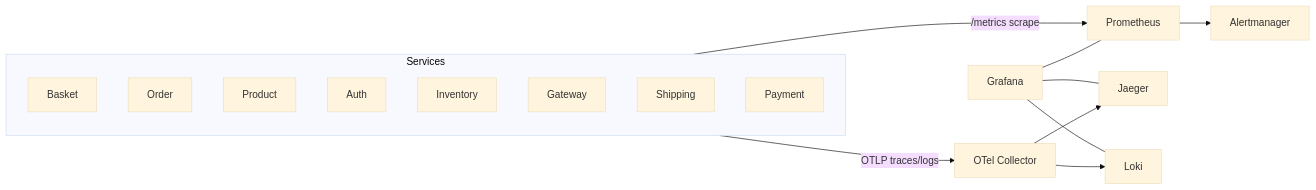
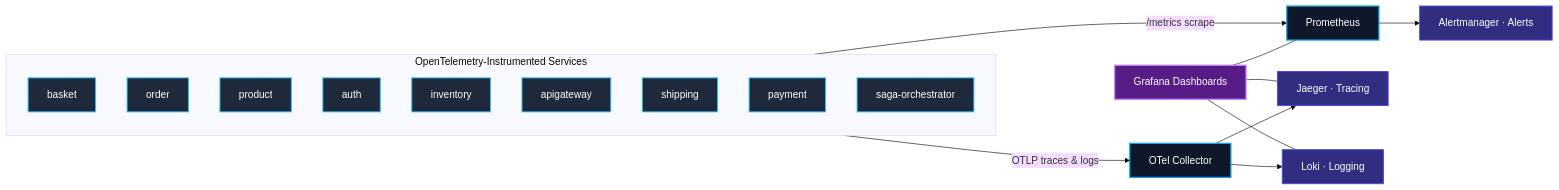
One commit to daonhan/Microservices-in-.NET changed the diagram in docs/wiki/Observability.md. Above: the diagram before and after it, drawn with Mermaid (base theme). The commit also changed 4 other files, not shown here.

Commit message:
docs: update architecture and deployment diagrams for improved clarity and detail

````diff
--- a/docs/wiki/Observability.md
+++ b/docs/wiki/Observability.md
@@ -7,14 +7,37 @@
 ```mermaid
 graph LR
-    subgraph Services
-        A[Basket] & B[Order] & C[Product] & D[Auth] & E[Inventory] & F[Gateway] & G[Shipping] & H[Payment]
+    subgraph Services ["OpenTelemetry-Instrumented Services"]
+        direction TB
+        A[basket]
+        B[order]
+        C[product]
+        D[auth]
+        E[inventory]
+        F[apigateway]
+        G[shipping]
+        H[payment]
+        I[saga-orchestrator]
     end
-    Services -- OTLP traces/logs --> OC[OTel Collector]
+
+    Services -- OTLP traces & logs --> OC[OTel Collector]
     Services -- /metrics scrape --> PR[Prometheus]
-    OC --> JA[Jaeger]
-    OC --> LK[Loki]
-    PR --> AM[Alertmanager]
-    GF[Grafana] --- PR
+    
+    OC --> JA[Jaeger · Tracing]
+    OC --> LK[Loki · Logging]
+    PR --> AM[Alertmanager · Alerts]
+    
+    GF[Grafana Dashboards] --- PR
     GF --- LK
     GF --- JA
+
+    %% Custom Styling classes
+    classDef svc fill:#1e293b,stroke:#38bdf8,stroke-width:1.5px,color:#fff;
+    classDef collector fill:#0f172a,stroke:#0ea5e9,stroke-width:2px,color:#fff;
+    classDef backend fill:#312e81,stroke:#4f46e5,stroke-width:1.5px,color:#fff;
+    classDef ui fill:#581c87,stroke:#c084fc,stroke-width:2px,color:#fff;
+
+    class A,B,C,D,E,F,G,H,I svc;
+    class OC,PR collector;
+    class JA,LK,AM backend;
+    class GF ui;
 ```
````
